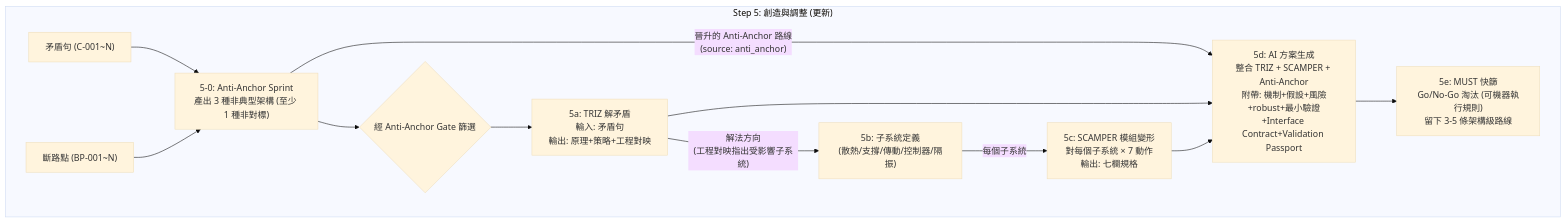
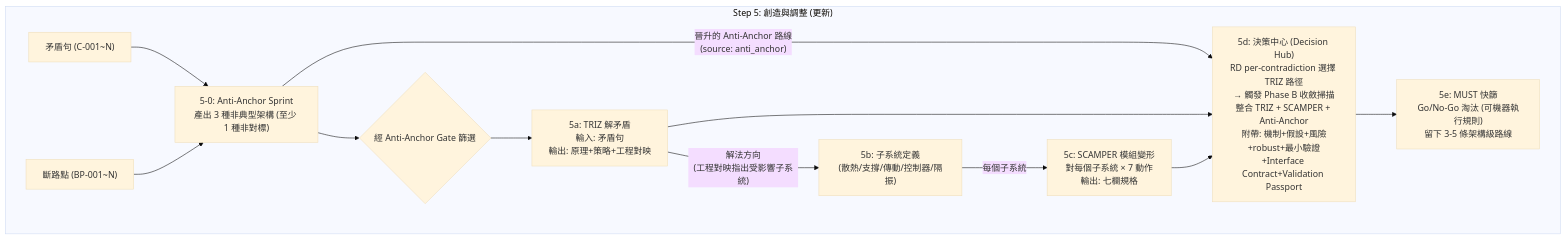
Before and after one commit to JIA-HONG-CHU/design-copilot-blueprint: the fourth of 4 diagrams in docs/e2e/RD_Design_Copilot_整合流程.md, drawn with Mermaid (base theme). The commit also changed other lines of this file and 2 other files, not shown here.

````diff
--- a/docs/e2e/RD_Design_Copilot_整合流程.md
+++ b/docs/e2e/RD_Design_Copilot_整合流程.md
@@ -507,18 +518,18 @@
 ```mermaid
 graph TD
     subgraph Step5 ["Step 5: 創造與調整 (更新)"]
         InputC["矛盾句 (C-001~N)"] --> S5_0["5-0: Anti-Anchor Sprint<br>產出 3 種非典型架構 (至少 1 種非對標)"]
         InputBP["斷路點 (BP-001~N)"] --> S5_0
         S5_0 --> AntiAnchorGate{"經 Anti-Anchor Gate 篩選"}
         AntiAnchorGate --> S5a["5a: TRIZ 解矛盾<br>輸入: 矛盾句<br>輸出: 原理+策略+工程對映"]
 
         S5a --"解法方向<br>(工程對映指出受影響子系統)"--> S5b["5b: 子系統定義<br>(散熱/支撐/傳動/控制器/隔振)"]
         S5b --"每個子系統"--> S5c["5c: SCAMPER 模組變形<br>對每個子系統 × 7 動作<br>輸出: 七欄規格"]
 
-        S5_0 --"晉升的 Anti-Anchor 路線<br>(source: anti_anchor)"--> S5d["5d: AI 方案生成<br>整合 TRIZ + SCAMPER + Anti-Anchor<br>附帶: 機制+假設+風險+robust+最小驗證+Interface Contract+Validation Passport"]
+        S5_0 --"晉升的 Anti-Anchor 路線<br>(source: anti_anchor)"--> S5d["5d: 決策中心 (Decision Hub)<br>RD per-contradiction 選擇 TRIZ 路徑<br>→ 觸發 Phase B 收斂掃描<br>整合 TRIZ + SCAMPER + Anti-Anchor<br>附帶: 機制+假設+風險+robust+最小驗證+Interface Contract+Validation Passport"]
         S5a --> S5d
         S5c --> S5d
 
         S5d --> S5e["5e: MUST 快篩<br>Go/No-Go 淘汰 (可機器執行規則)<br>留下 3-5 條架構級路線"]
     end
 ```
````
